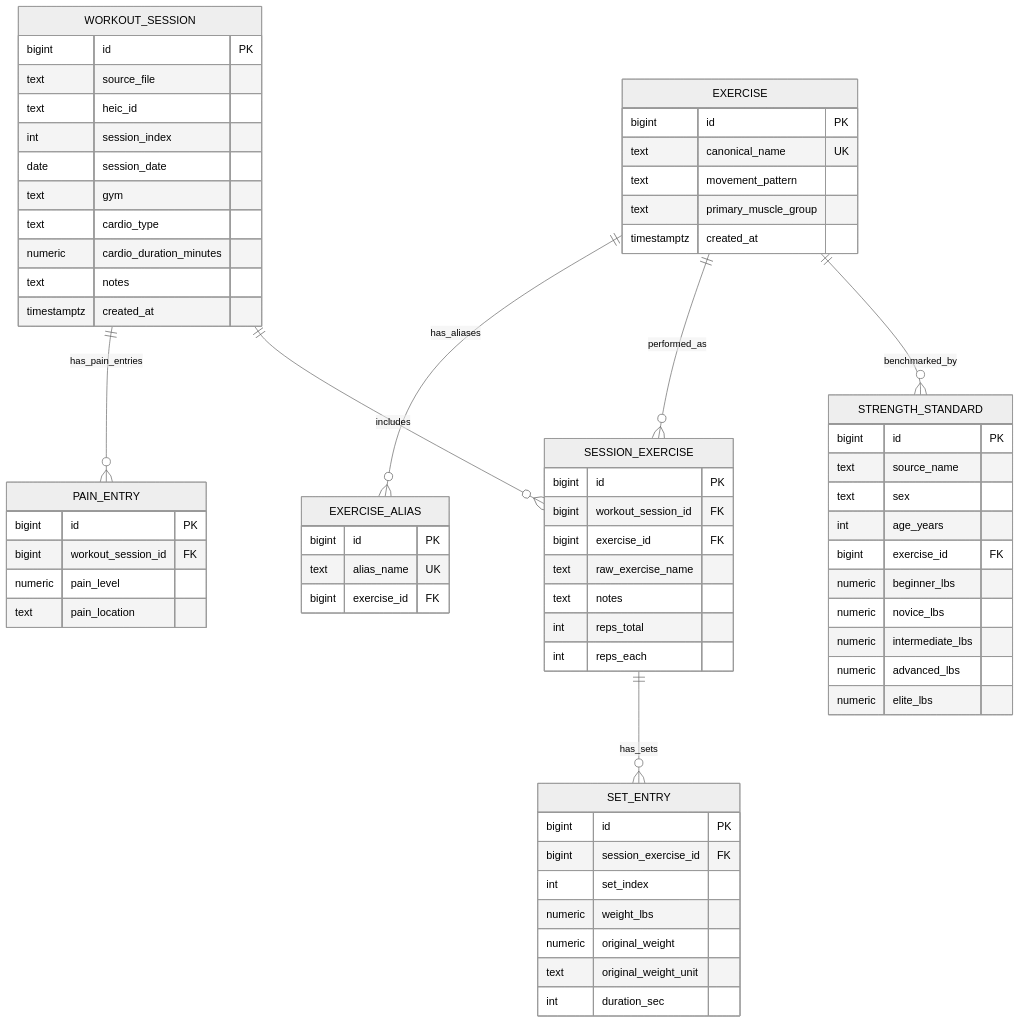
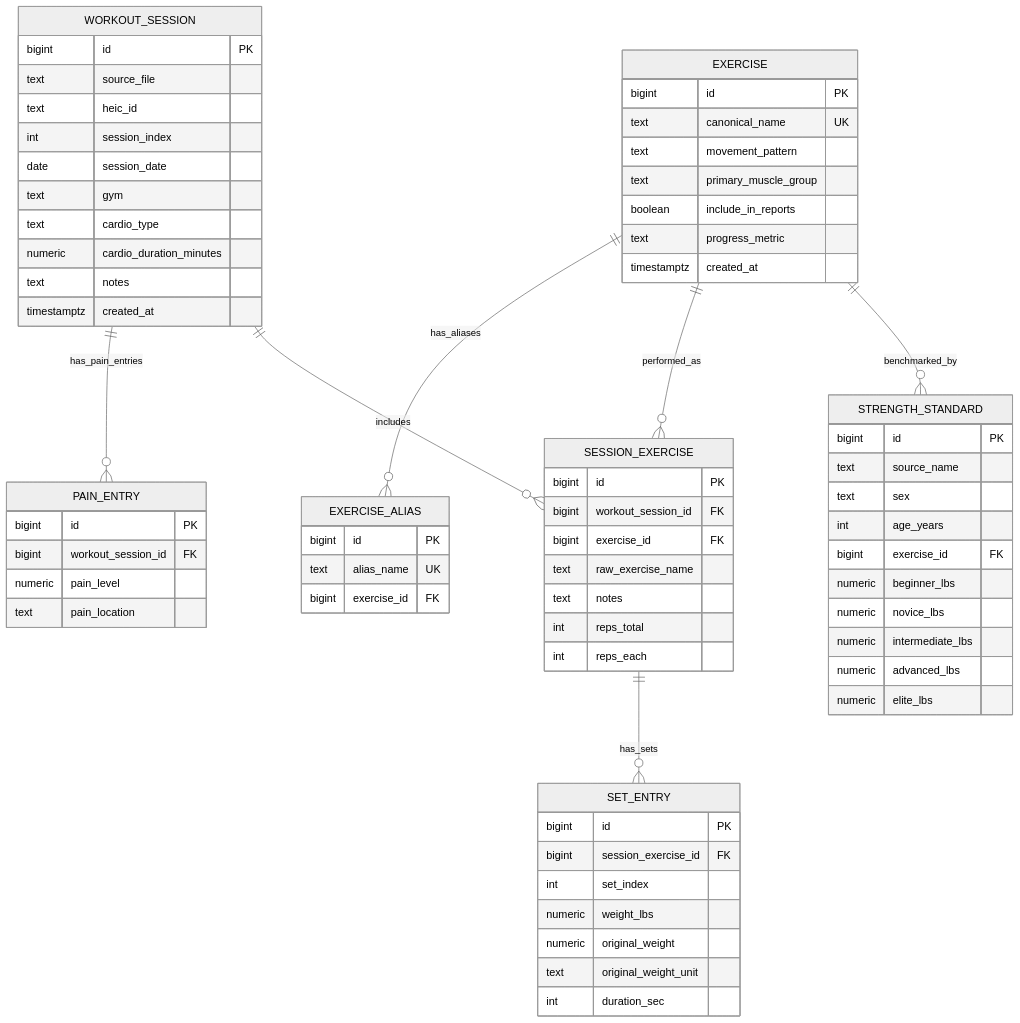
One commit to katefike/olympic_training changed the diagram in docs/schema.mmd. Above: the diagram before and after it, drawn with Mermaid (neutral theme). The commit also changed 12 other files, not shown here.

Commit message:
Create reports for exercises, max weights and progress

```diff
--- a/docs/schema.mmd
+++ b/docs/schema.mmd
@@ -1,74 +1,76 @@
 erDiagram
     EXERCISE {
         bigint id PK
         text canonical_name UK
         text movement_pattern
         text primary_muscle_group
+        boolean include_in_reports
+        text progress_metric
         timestamptz created_at
     }
 
     EXERCISE_ALIAS {
         bigint id PK
         text alias_name UK
         bigint exercise_id FK
     }
 
     WORKOUT_SESSION {
         bigint id PK
         text source_file
         text heic_id
         int session_index
         date session_date
         text gym
         text cardio_type
         numeric cardio_duration_minutes
         text notes
         timestamptz created_at
     }
 
     PAIN_ENTRY {
         bigint id PK
         bigint workout_session_id FK
         numeric pain_level
         text pain_location
     }
 
     SESSION_EXERCISE {
         bigint id PK
         bigint workout_session_id FK
         bigint exercise_id FK
         text raw_exercise_name
         text notes
         int reps_total
         int reps_each
     }
 
     SET_ENTRY {
         bigint id PK
         bigint session_exercise_id FK
         int set_index
         numeric weight_lbs
         numeric original_weight
         text original_weight_unit
         int duration_sec
     }
 
     STRENGTH_STANDARD {
         bigint id PK
         text source_name
         text sex
         int age_years
         bigint exercise_id FK
         numeric beginner_lbs
         numeric novice_lbs
         numeric intermediate_lbs
         numeric advanced_lbs
         numeric elite_lbs
     }
 
     EXERCISE ||--o{ EXERCISE_ALIAS : has_aliases
     WORKOUT_SESSION ||--o{ PAIN_ENTRY : has_pain_entries
     WORKOUT_SESSION ||--o{ SESSION_EXERCISE : includes
     EXERCISE ||--o{ SESSION_EXERCISE : performed_as
     SESSION_EXERCISE ||--o{ SET_ENTRY : has_sets
     EXERCISE ||--o{ STRENGTH_STANDARD : benchmarked_by
```
